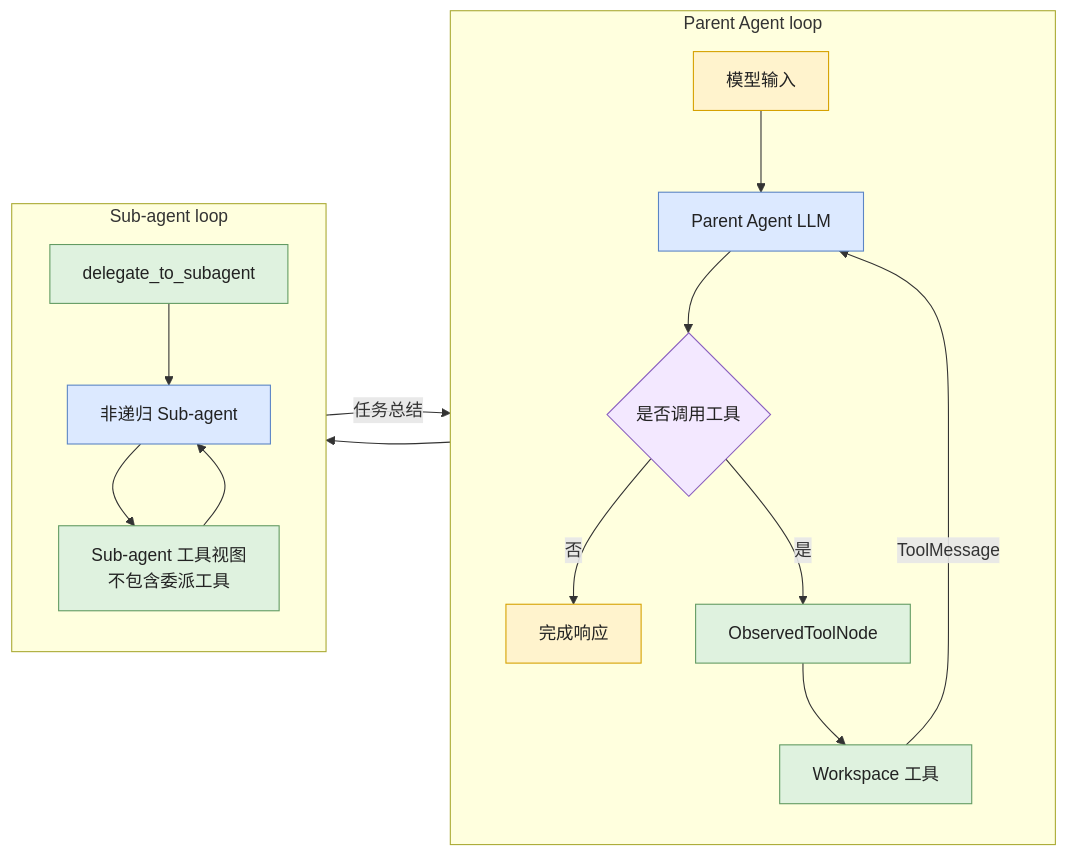
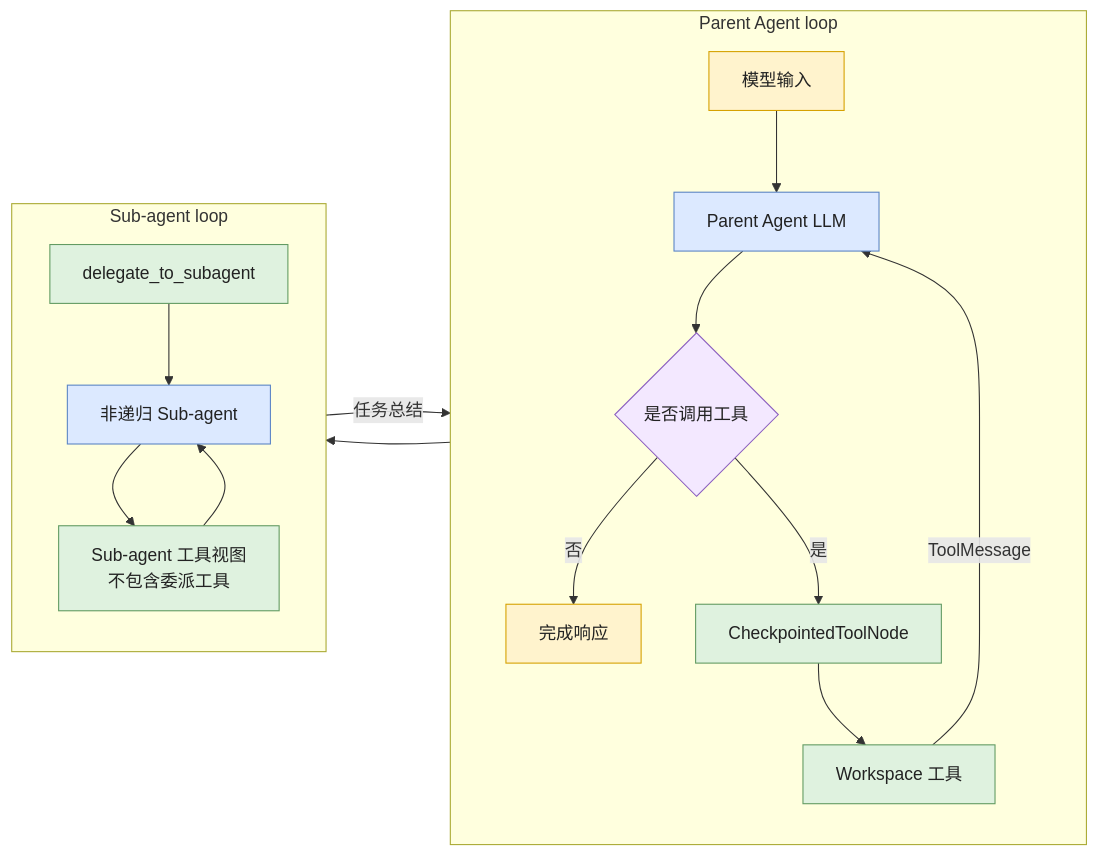
The third of 3 diagrams in docs/architecture/agent-execution-call-chain.md (Dzheng2250/learn_langchain), drawn with Mermaid before and after one commit. The commit also changed other lines of this file and 57 other files, not shown here.

````diff
--- a/docs/architecture/agent-execution-call-chain.md
+++ b/docs/architecture/agent-execution-call-chain.md
@@ -490,39 +497,39 @@
 ```mermaid
 flowchart LR
     subgraph ParentLoop["Parent Agent loop"]
         direction TB
         Start["模型输入"]
         Parent["Parent Agent LLM"]
         Decision{"是否调用工具"}
-        ToolNode["ObservedToolNode"]
+        ToolNode["CheckpointedToolNode"]
         Tools["Workspace 工具"]
         Done["完成响应"]
 
         Start --> Parent --> Decision
         Decision -->|"否"| Done
         Decision -->|"是"| ToolNode
         ToolNode --> Tools
         Tools -->|"ToolMessage"| Parent
     end
 
     subgraph SubagentLoop["Sub-agent loop"]
         direction TB
         Delegate["delegate_to_subagent"]
         Subagent["非递归 Sub-agent"]
         SubTools["Sub-agent 工具视图<br/>不包含委派工具"]
         Delegate --> Subagent
         Subagent --> SubTools --> Subagent
     end
 
     ToolNode --> Delegate
     Subagent -->|"任务总结"| Parent
 
     classDef input fill:#fff3cd,stroke:#d6a100,color:#222;
     classDef agent fill:#dce9ff,stroke:#5b85c5,color:#222;
     classDef tool fill:#dff2df,stroke:#629b62,color:#222;
     classDef decision fill:#f3e8ff,stroke:#8b5fbf,color:#222;
     class Start,Done input;
     class Parent,Subagent agent;
     class ToolNode,Tools,Delegate,SubTools tool;
     class Decision decision;
 ```
````
